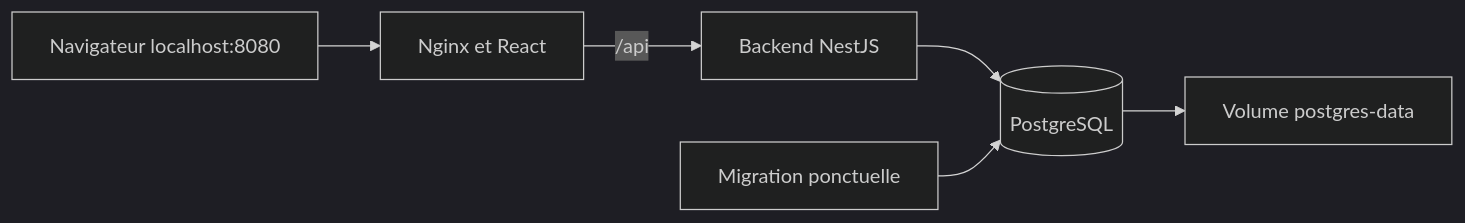
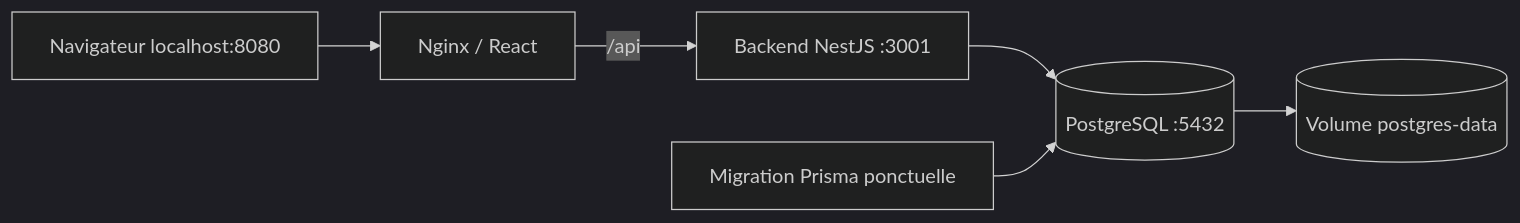
Before and after one commit to prod0751/lab-devops: the diagram in dsk-stock-lab01-docker/SCENARIO.md, drawn with Mermaid (dark theme). The commit also changed other lines of this file and 1 other file, not shown here.

````diff
--- a/dsk-stock-lab01-docker/SCENARIO.md
+++ b/dsk-stock-lab01-docker/SCENARIO.md
@@ -112,8 +68,8 @@
 ```mermaid
 flowchart LR
-  B[Navigateur localhost:8080] --> F[Nginx et React]
-  F -->|/api| A[Backend NestJS]
-  A --> P[(PostgreSQL)]
-  M[Migration ponctuelle] --> P
-  P --> V[Volume postgres-data]
+    B[Navigateur localhost:8080] --> F[Nginx / React]
+    F -->|/api| A[Backend NestJS :3001]
+    A --> P[(PostgreSQL :5432)]
+    M[Migration Prisma ponctuelle] --> P
+    P --> V[(Volume postgres-data)]
 ```
````
